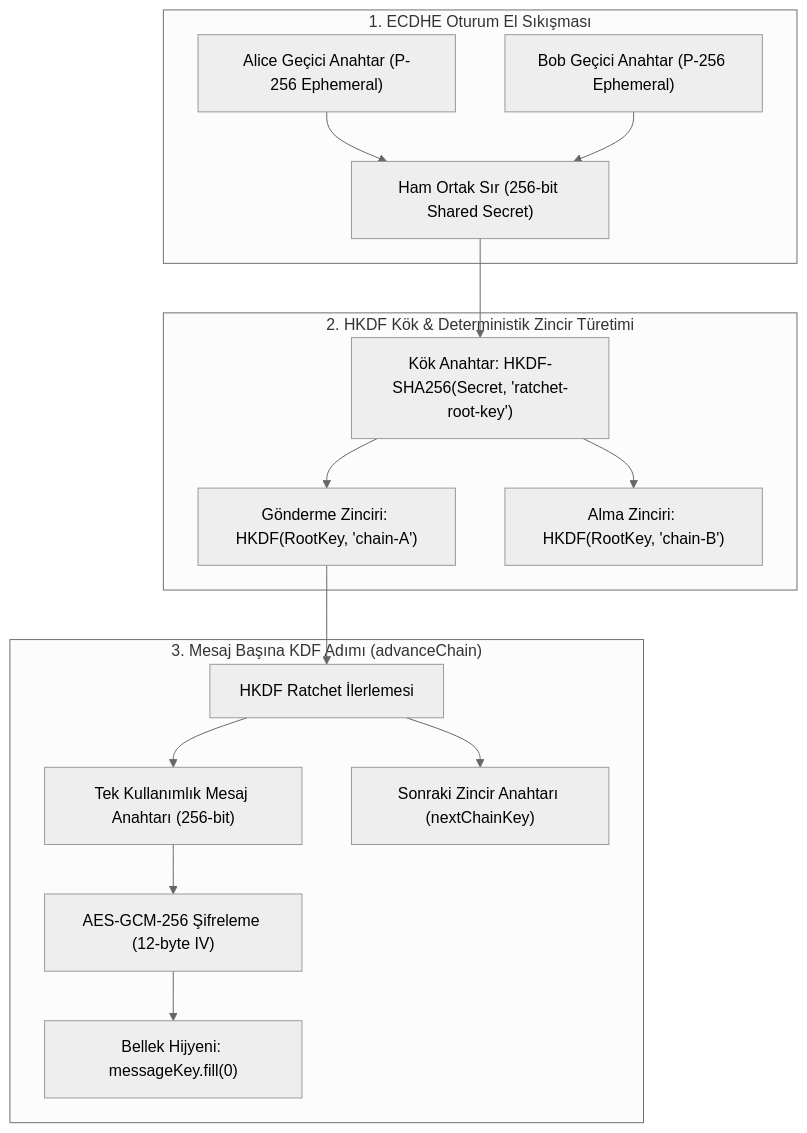
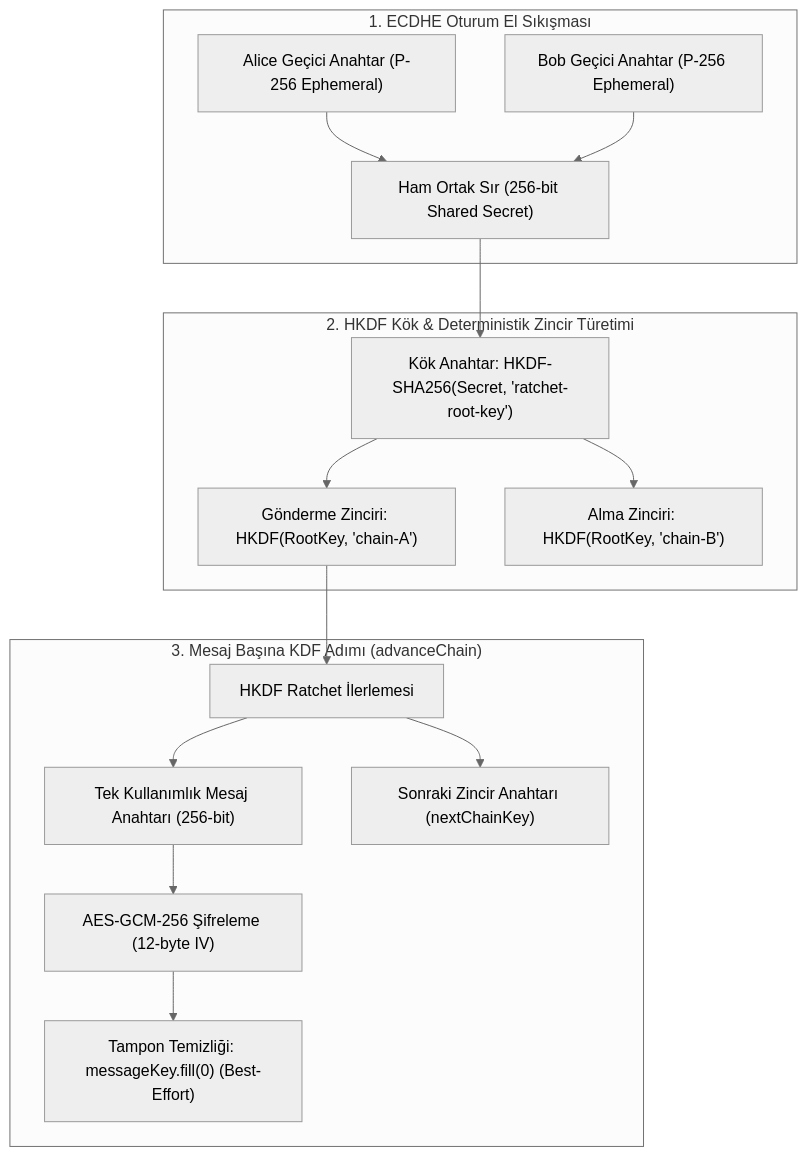
Before and after one commit to arifoztr/Cyber_Chat_Terminal: the second of 2 diagrams in README.md, drawn with Mermaid (neutral theme). The commit also changed other lines of this file and 31 other files, not shown here.

````diff
--- a/README.md
+++ b/README.md
@@ -358,28 +367,28 @@
 ```mermaid
 flowchart TD
     subgraph Handshake["1. ECDHE Oturum El Sıkışması"]
         EphA["Alice Geçici Anahtar (P-256 Ephemeral)"]
         EphB["Bob Geçici Anahtar (P-256 Ephemeral)"]
         ECDH_Out["Ham Ortak Sır (256-bit Shared Secret)"]
         EphA --> ECDH_Out
         EphB --> ECDH_Out
     end
 
     subgraph KDF_Root["2. HKDF Kök & Deterministik Zincir Türetimi"]
         RootKey["Kök Anahtar: HKDF-SHA256(Secret, 'ratchet-root-key')"]
         ECDH_Out --> RootKey
         SendChain["Gönderme Zinciri: HKDF(RootKey, 'chain-A')"]
         RecvChain["Alma Zinciri: HKDF(RootKey, 'chain-B')"]
         RootKey --> SendChain
         RootKey --> RecvChain
     end
 
     subgraph Ratchet_Step["3. Mesaj Başına KDF Adımı (advanceChain)"]
         SendChain --> Step["HKDF Ratchet İlerlemesi"]
         Step --> MsgKey["Tek Kullanımlık Mesaj Anahtarı (256-bit)"]
         Step --> NextChain["Sonraki Zincir Anahtarı (nextChainKey)"]
         
         MsgKey --> Encrypt["AES-GCM-256 Şifreleme (12-byte IV)"]
-        Encrypt --> Zeroize["Bellek Hijyeni: messageKey.fill(0)"]
+        Encrypt --> Zeroize["Tampon Temizliği: messageKey.fill(0) (Best-Effort)"]
     end
 ```
````
